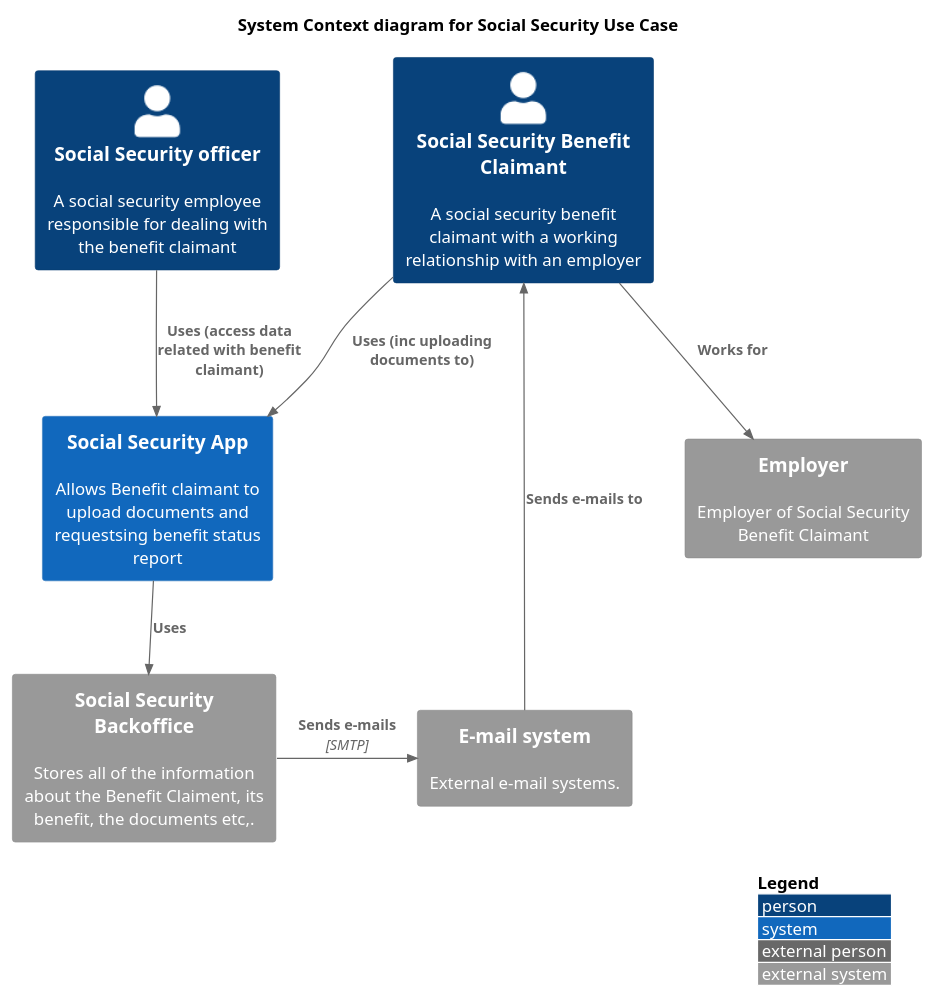
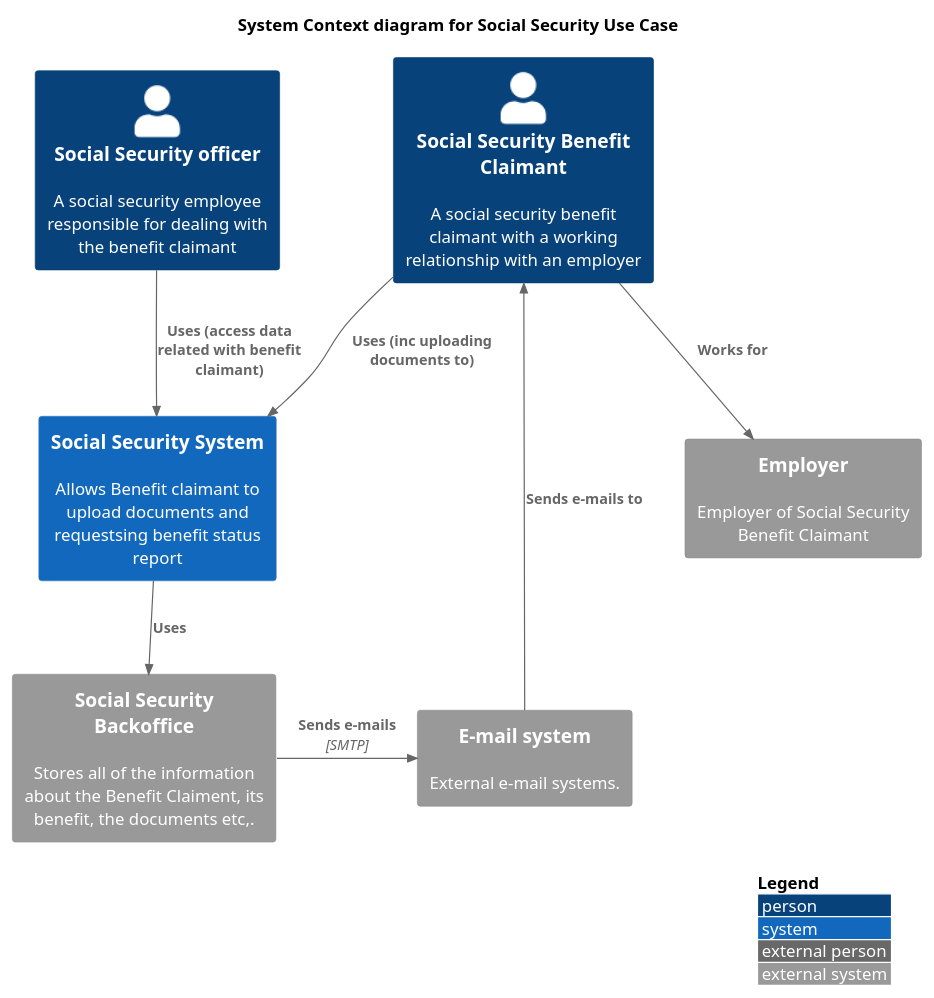
The diagram in src/C4_SocialSecurity Context Diagram Sample.puml (ivanderk/design_and_abstractions), drawn with PlantUML before and after one commit. The commit also changed 8 other files, not shown here.

```diff
--- a/src/C4_SocialSecurity Context Diagram Sample.puml
+++ b/src/C4_SocialSecurity Context Diagram Sample.puml
@@ -1,25 +1,25 @@
 @startuml
 !includeurl https://raw.githubusercontent.com/RicardoNiepel/C4-PlantUML/master/C4_Context.puml
 ' uncomment the following line and comment the first to use locally
 ' !include C4_Context.puml
 
 LAYOUT_WITH_LEGEND()
 
 title System Context diagram for Social Security Use Case
 
 Person(customer, "Social Security Benefit Claimant ", "A social security benefit claimant with a working relationship with an employer")
 Person(adminuser, "Social Security officer ", "A social security employee responsible for dealing with the benefit claimant")
-System(app, "Social Security App", "Allows Benefit claimant to upload documents and requestsing benefit status report")
+System(app, "Social Security System", "Allows Benefit claimant to upload documents and requestsing benefit status report")
 
 System_Ext(employer, "Employer", "Employer of Social Security Benefit Claimant")
 System_Ext(mail_system, "E-mail system", "External e-mail systems.")
 System_Ext(socialsecurity, "Social Security Backoffice", "Stores all of the information about the Benefit Claiment, its benefit, the documents etc,.")
 
 Rel(customer, app, "Uses (inc uploading documents to)")
 Rel(adminuser, app, "Uses (access data related with benefit claimant)")
 Rel_Back(customer, mail_system, "Sends e-mails to")
 Rel_Neighbor(socialsecurity, mail_system, "Sends e-mails", "SMTP")
 Rel(app, socialsecurity, "Uses")
 Rel(customer, employer, "Works for")
 
 @enduml
```
